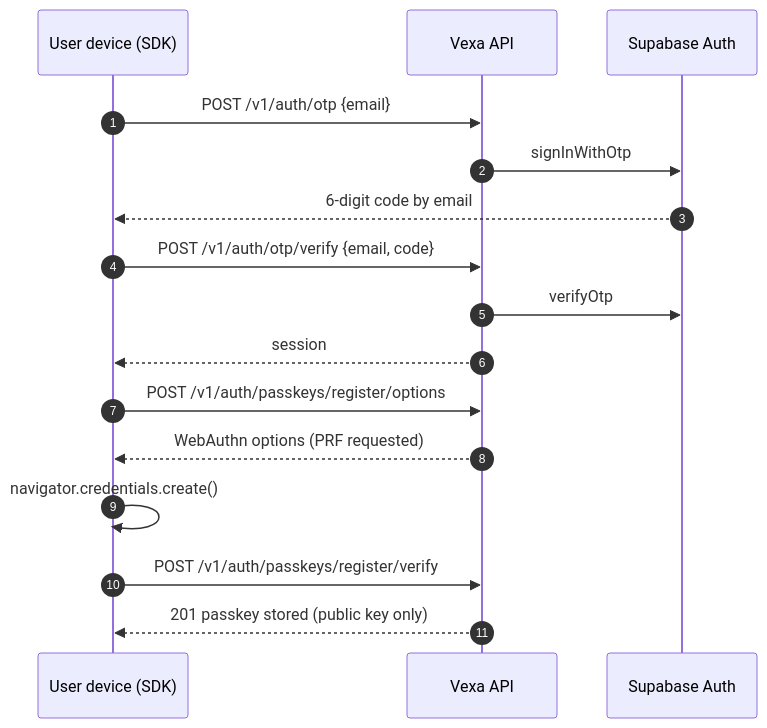
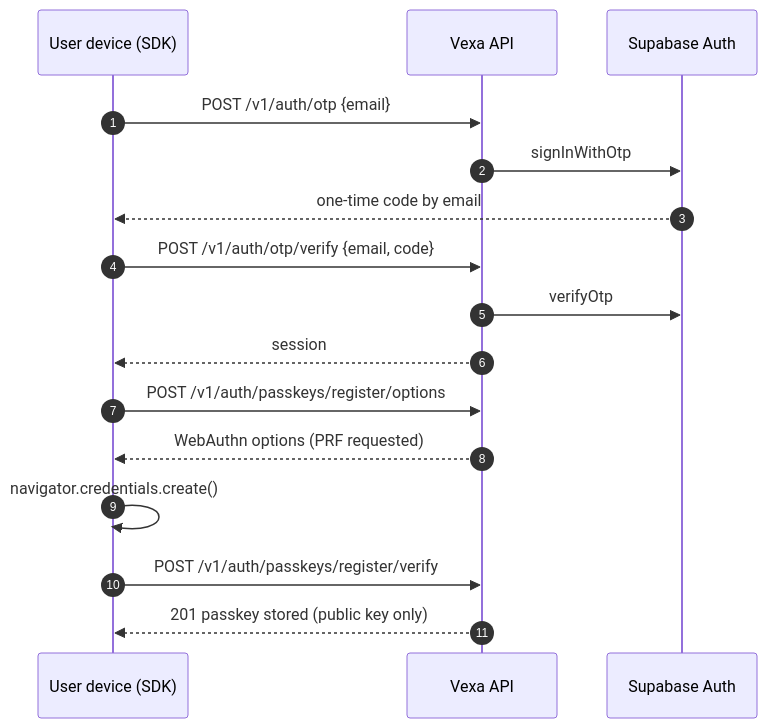
The second of 8 diagrams in docs/ARCHITECTURE.md (AlexSkidanov/vexa-finance), drawn with Mermaid before and after one commit. The commit also changed 4 other files, not shown here.

First line of the commit message:
fix: describe the sign-in code as one-time, not six digits

````diff
--- a/docs/ARCHITECTURE.md
+++ b/docs/ARCHITECTURE.md
@@ -48,19 +48,19 @@
 ```mermaid
 sequenceDiagram
   autonumber
   participant U as User device (SDK)
   participant A as Vexa API
   participant S as Supabase Auth
 
   U->>A: POST /v1/auth/otp {email}
   A->>S: signInWithOtp
-  S-->>U: 6-digit code by email
+  S-->>U: one-time code by email
   U->>A: POST /v1/auth/otp/verify {email, code}
   A->>S: verifyOtp
   A-->>U: session
   U->>A: POST /v1/auth/passkeys/register/options
   A-->>U: WebAuthn options (PRF requested)
   U->>U: navigator.credentials.create()
   U->>A: POST /v1/auth/passkeys/register/verify
   A-->>U: 201 passkey stored (public key only)
 ```
````
